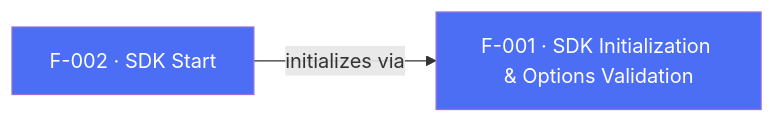
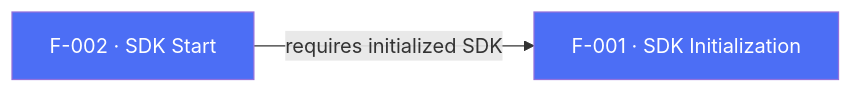
One commit to AppsFlyerSDK/appsflyer-flutter-plugin changed the diagram in internal-docs/features/F-002-sdk-start.md. Above: the diagram before and after it, drawn with Mermaid. The commit also changed other lines of this file and 101 other files, not shown here.

Commit message:
[DELIVERY-125863] Migrate Flutter plugin to AppsFlyer SDK 7 RPC architecture

````diff
--- a/internal-docs/features/F-002-sdk-start.md
+++ b/internal-docs/features/F-002-sdk-start.md
@@ -67,5 +78,5 @@
 ```mermaid
 flowchart LR
-    F002["F-002 · SDK Start"]:::sdkCore -->|"initializes via"| F001["F-001 · SDK Initialization & Options Validation"]:::sdkCore
+    F002["F-002 · SDK Start"]:::sdkCore -->|"requires initialized SDK"| F001["F-001 · SDK Initialization"]:::sdkCore
     classDef sdkCore fill:#4C6EF5,color:#fff
 ```
````
